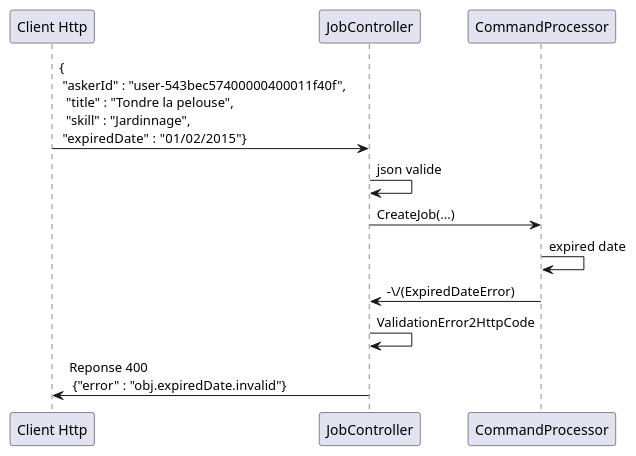
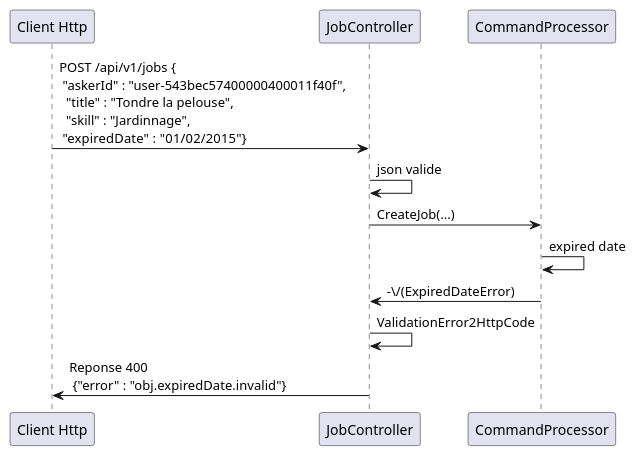
Before and after one commit to CQRSESCQFD/slides: the diagram in schemas/2-from-http-to-command-missing-field.puml, drawn with PlantUML. The commit also changed 8 other files, not shown here.

```diff
--- a/schemas/2-from-http-to-command-missing-field.puml
+++ b/schemas/2-from-http-to-command-missing-field.puml
@@ -1,16 +1,16 @@
 @startuml
 
 participant "Client Http"
 participant JobController
 participant CommandProcessor
 
-"Client Http"-> JobController : {\n "askerId" : "user-543bec57400000400011f40f",  \n  "title" : "Tondre la pelouse", \n  "skill" : "Jardinnage",\n "expiredDate"  : "01/02/2015"}
+"Client Http"-> JobController : POST /api/v1/jobs {\n "askerId" : "user-543bec57400000400011f40f",  \n  "title" : "Tondre la pelouse", \n  "skill" : "Jardinnage",\n "expiredDate"  : "01/02/2015"}
 
 JobController->JobController : json valide
 JobController->CommandProcessor : CreateJob(...)
 CommandProcessor -> CommandProcessor:  expired date
 CommandProcessor -> JobController : -\/(ExpiredDateError)
 JobController -> JobController : ValidationError2HttpCode
 JobController -> "Client Http" : Reponse 400  \n {"error" : "obj.expiredDate.invalid"}
 
 @enduml
```
